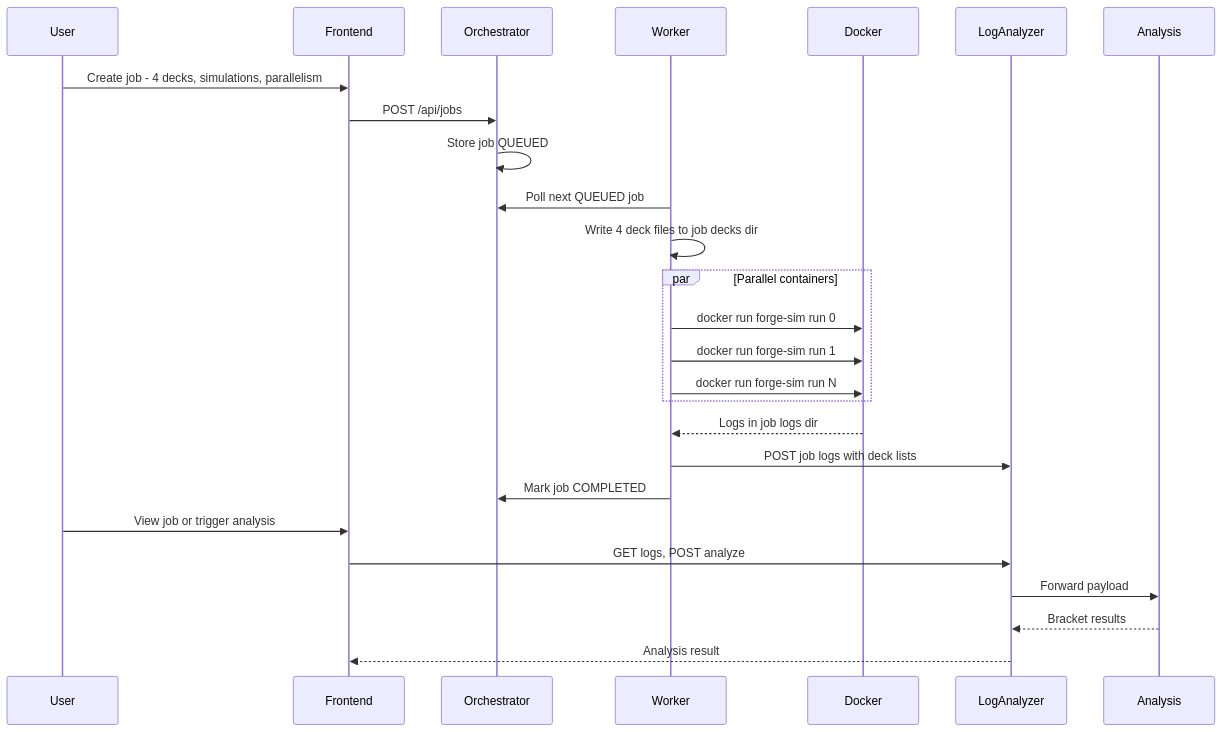
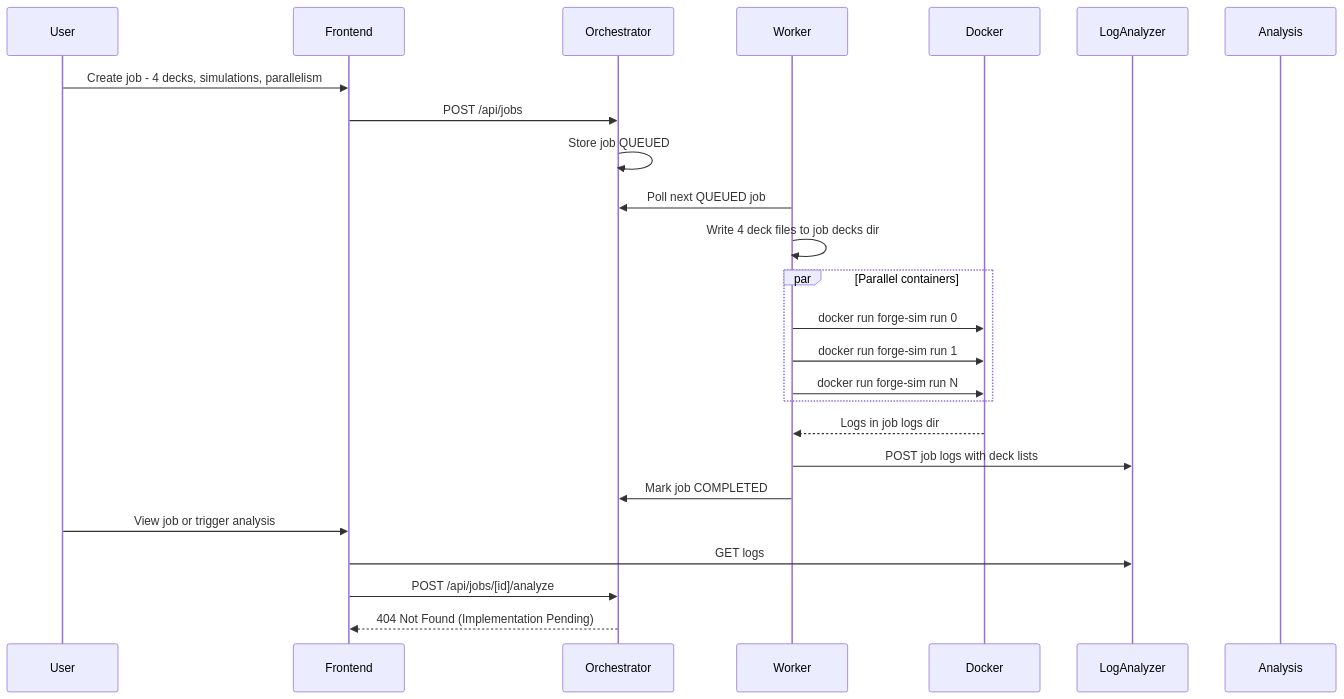
Before and after one commit to TytaniumDev/MagicBracketSimulator: the fourth of 6 diagrams in ARCHITECTURE.md, drawn with Mermaid. The commit also changed other lines of this file and 2 other files, not shown here.

First line of the commit message:
Scribe: Synchronize architecture docs with analysis drift

````diff
--- a/ARCHITECTURE.md
+++ b/ARCHITECTURE.md
@@ -172,31 +182,30 @@
 ```mermaid
 sequenceDiagram
     participant User
     participant Frontend
     participant Orchestrator
     participant Worker
     participant Docker
     participant LogAnalyzer
     participant Analysis
 
     User->>Frontend: Create job - 4 decks, simulations, parallelism
     Frontend->>Orchestrator: POST /api/jobs
     Orchestrator->>Orchestrator: Store job QUEUED
 
     Worker->>Orchestrator: Poll next QUEUED job
     Worker->>Worker: Write 4 deck files to job decks dir
     par Parallel containers
         Worker->>Docker: docker run forge-sim run 0
         Worker->>Docker: docker run forge-sim run 1
         Worker->>Docker: docker run forge-sim run N
     end
     Docker-->>Worker: Logs in job logs dir
     Worker->>LogAnalyzer: POST job logs with deck lists
     Worker->>Orchestrator: Mark job COMPLETED
 
     User->>Frontend: View job or trigger analysis
-    Frontend->>LogAnalyzer: GET logs, POST analyze
-    LogAnalyzer->>Analysis: Forward payload
-    Analysis-->>LogAnalyzer: Bracket results
-    LogAnalyzer-->>Frontend: Analysis result
+    Frontend->>LogAnalyzer: GET logs
+    Frontend->>Orchestrator: POST /api/jobs/[id]/analyze
+    Orchestrator-->>Frontend: 404 Not Found (Implementation Pending)
 ```
````
